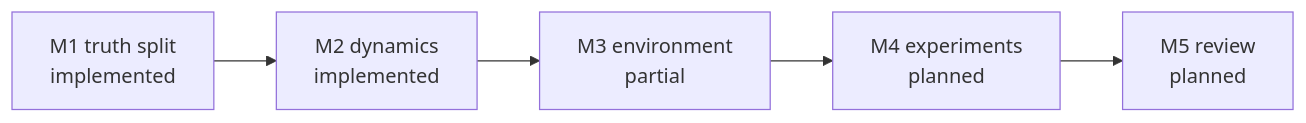
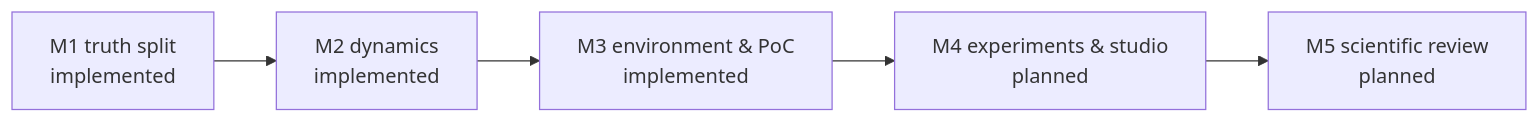
Before and after one commit to bacataBorisov/MarineSimulator: the diagram in .agent/architecture/implementation-status.md, drawn with Mermaid. The commit also changed other lines of this file and 12 other files, not shown here.

````diff
--- a/.agent/architecture/implementation-status.md
+++ b/.agent/architecture/implementation-status.md
@@ -5,9 +5,9 @@
 ```mermaid
 flowchart LR
   m1["M1 truth split\nimplemented"]
   m2["M2 dynamics\nimplemented"]
-  m3["M3 environment\npartial"]
-  m4["M4 experiments\nplanned"]
-  m5["M5 review\nplanned"]
+  m3["M3 environment & PoC\nimplemented"]
+  m4["M4 experiments & studio\nplanned"]
+  m5["M5 scientific review\nplanned"]
   m1 --> m2 --> m3 --> m4 --> m5
 ```
````
